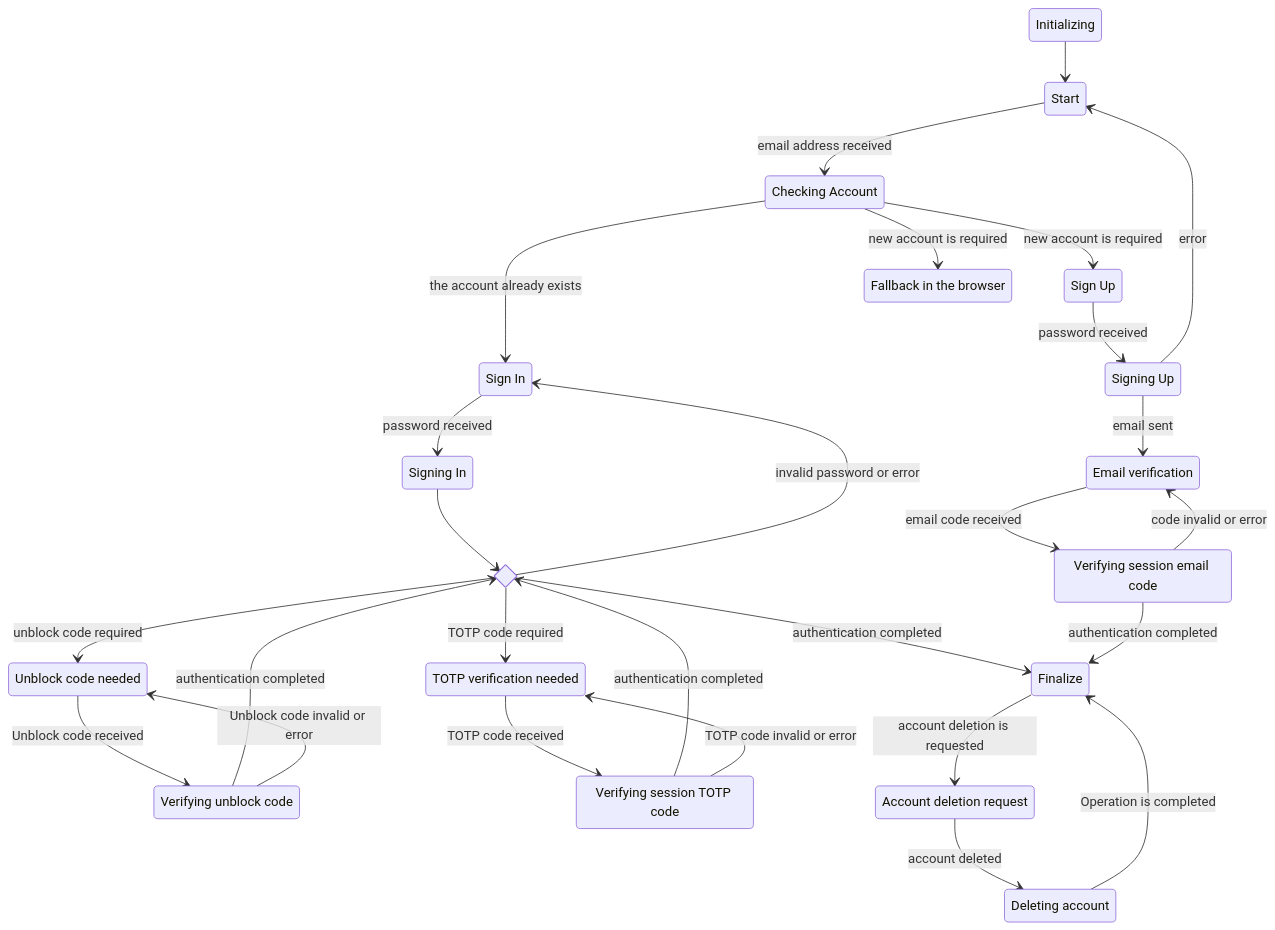
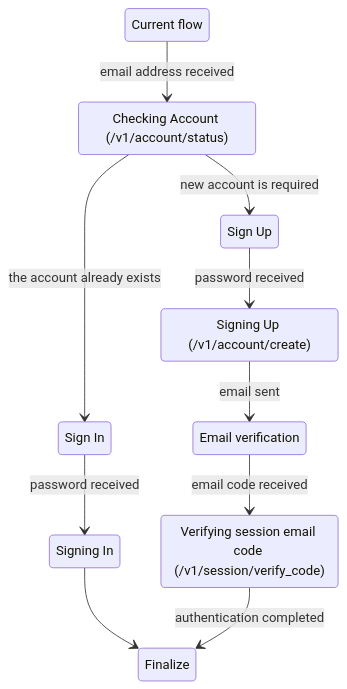
Before and after one commit to mozilla-mobile/mozilla-vpn-client: the first of 2 diagrams in docs/authentication-in-app.md, drawn with Mermaid. The commit also changed other lines of this file, not shown here.

Commit message:
Update flow chart for proposed vpn-2257

````diff
--- a/docs/authentication-in-app.md
+++ b/docs/authentication-in-app.md
@@ -314,46 +3,22 @@
 ```mermaid
 stateDiagram-v2
-  Start: Start
-  CheckingAccount: Checking Account
+  Start: Current flow
+  CheckingAccount: Checking Account (/v1/account/status)
   SignIn: Sign In
   SignUp: Sign Up
-  Fallback: Fallback in the browser
   SigningIn: Signing In
-  SigningUp: Signing Up
-  UnblockCodeNeeded: Unblock code needed
-  VerifyingUnblockCode: Verifying unblock code
-  TOTPVerificationNeeded: TOTP verification needed
-  VerifyingSessionTOTPCode: Verifying session TOTP code
+  SigningUp: Signing Up (/v1/account/create)
   EmailVerification: Email verification
-  VerifyingSessionEmailCode: Verifying session email code
-  state signing_results <<choice>>
-  AccountDeletionRequest: Account deletion request
-  DeletingAccount: Deleting account
-
-  Initializing --> Start
+  VerifyingSessionEmailCode: Verifying session email code (/v1/session/verify_code)
+ 
   Start --> CheckingAccount: email address received
   CheckingAccount --> SignIn: the account already exists
   CheckingAccount --> SignUp: new account is required
-  CheckingAccount --> Fallback: new account is required
   SignIn --> SigningIn: password received
-  SigningIn --> signing_results
-  signing_results --> SignIn: invalid password or error
-  signing_results --> UnblockCodeNeeded: unblock code required
-  signing_results --> TOTPVerificationNeeded: TOTP code required
-  signing_results --> Finalize: authentication completed
-  UnblockCodeNeeded --> VerifyingUnblockCode: Unblock code received
-  VerifyingUnblockCode --> signing_results: authentication completed
-  VerifyingUnblockCode --> UnblockCodeNeeded: Unblock code invalid or error
-  TOTPVerificationNeeded --> VerifyingSessionTOTPCode: TOTP code received
-  VerifyingSessionTOTPCode --> signing_results: authentication completed
-  VerifyingSessionTOTPCode --> TOTPVerificationNeeded: TOTP code invalid or error
+  SigningIn --> Finalize
   SignUp --> SigningUp: password received
   SigningUp --> EmailVerification: email sent
-  SigningUp --> Start: error
   EmailVerification --> VerifyingSessionEmailCode: email code received
   VerifyingSessionEmailCode --> Finalize: authentication completed
-  VerifyingSessionEmailCode --> EmailVerification: code invalid or error
-  Finalize --> AccountDeletionRequest: account deletion is requested
-  AccountDeletionRequest --> DeletingAccount: account deleted
-  DeletingAccount --> Finalize: Operation is completed
+  Finalize
 ```
````
